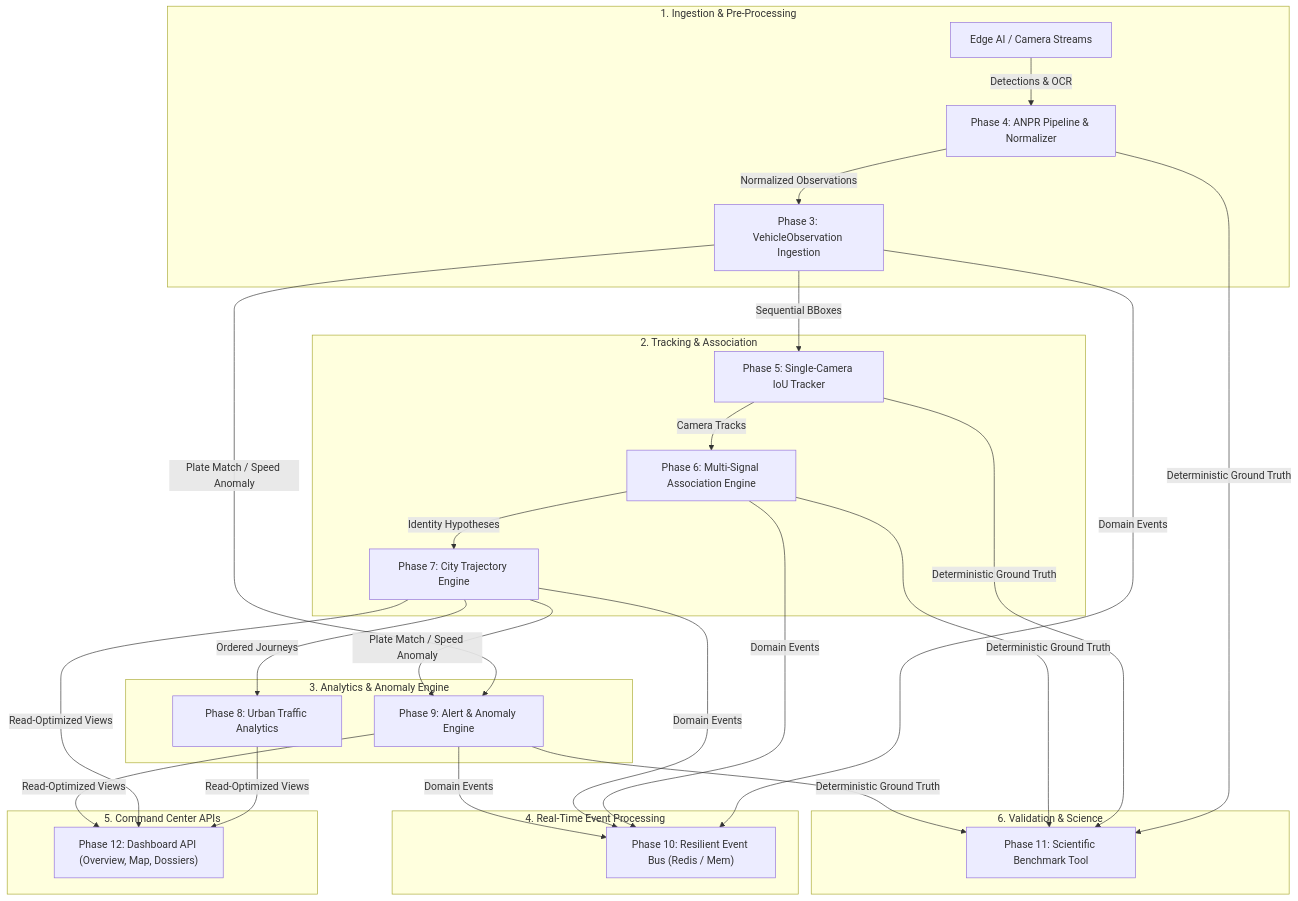
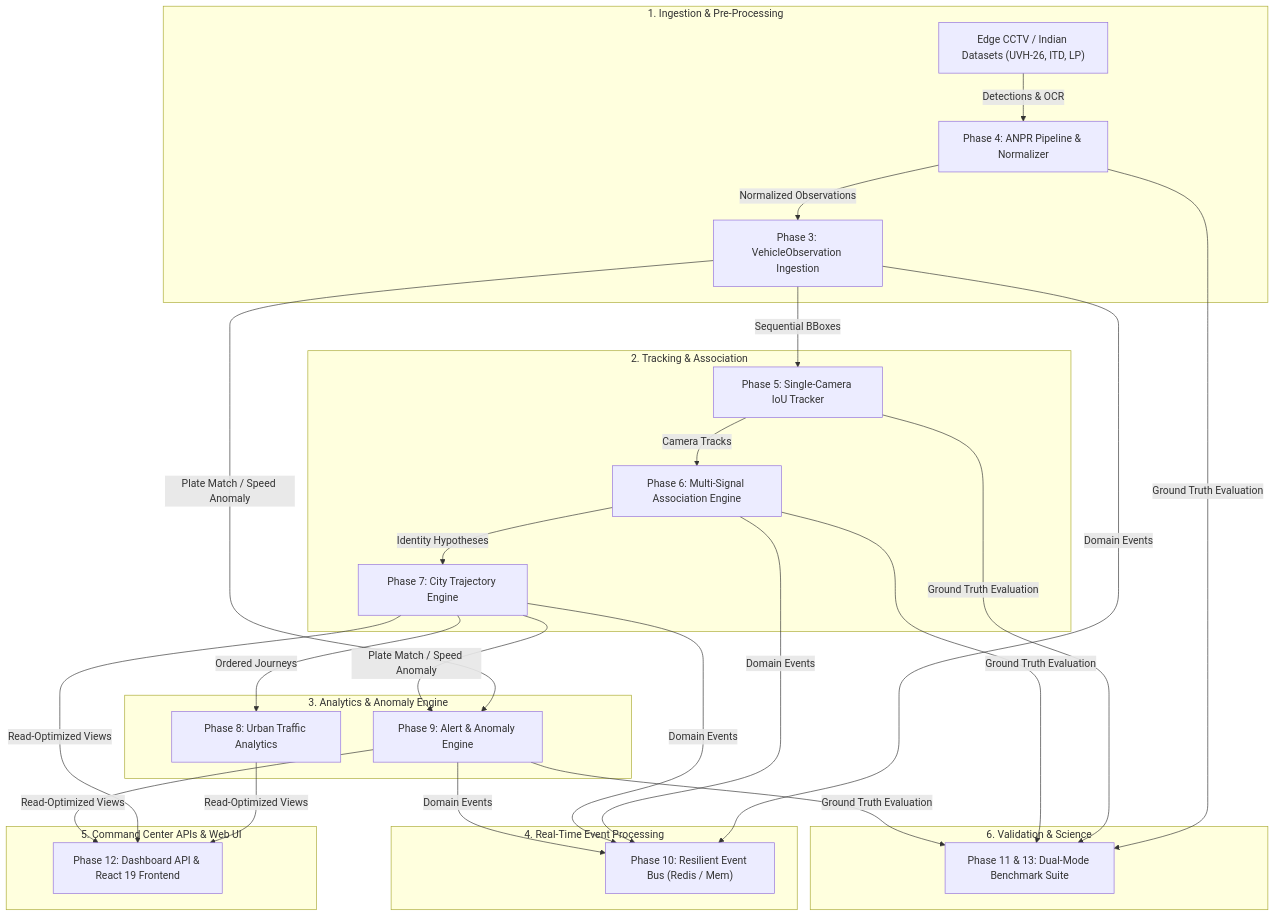
The diagram in README.md (NotAsif007/traffic-analytics), drawn with Mermaid before and after one commit. The commit also changed other lines of this file and 21 other files, not shown here.

Commit message:
feat: implement real Indian traffic datasets (UVH-26, ITD, Indian LP, RoundaboutHD, IRDD), adapters, CLI streaming importer, and dual-mode benchmarking suite

````diff
--- a/README.md
+++ b/README.md
@@ -32,30 +57,30 @@
 ```mermaid
 flowchart TD
     subgraph INGESTION["1. Ingestion & Pre-Processing"]
-        A["Edge AI / Camera Streams"] -->|"Detections & OCR"| B["Phase 4: ANPR Pipeline & Normalizer"]
+        A["Edge CCTV / Indian Datasets (UVH-26, ITD, LP)"] -->|"Detections & OCR"| B["Phase 4: ANPR Pipeline & Normalizer"]
         B -->|"Normalized Observations"| C["Phase 3: VehicleObservation Ingestion"]
     end
 
     subgraph TRACKING["2. Tracking & Association"]
         C -->|"Sequential BBoxes"| D["Phase 5: Single-Camera IoU Tracker"]
         D -->|"Camera Tracks"| E["Phase 6: Multi-Signal Association Engine"]
         E -->|"Identity Hypotheses"| F["Phase 7: City Trajectory Engine"]
     end
 
     subgraph INTELLIGENCE["3. Analytics & Anomaly Engine"]
         F -->|"Ordered Journeys"| G["Phase 8: Urban Traffic Analytics"]
         C & F -->|"Plate Match / Speed Anomaly"| H["Phase 9: Alert & Anomaly Engine"]
     end
 
     subgraph EVENT_BUS["4. Real-Time Event Processing"]
         C & E & F & H -->|"Domain Events"| I["Phase 10: Resilient Event Bus (Redis / Mem)"]
     end
 
-    subgraph DASHBOARD["5. Command Center APIs"]
-        G & F & H -->|"Read-Optimized Views"| J["Phase 12: Dashboard API (Overview, Map, Dossiers)"]
+    subgraph DASHBOARD["5. Command Center APIs & Web UI"]
+        G & F & H -->|"Read-Optimized Views"| J["Phase 12: Dashboard API & React 19 Frontend"]
     end
 
     subgraph BENCHMARK["6. Validation & Science"]
-        B & D & E & H -->|"Deterministic Ground Truth"| K["Phase 11: Scientific Benchmark Tool"]
+        B & D & E & H -->|"Ground Truth Evaluation"| K["Phase 11 & 13: Dual-Mode Benchmark Suite"]
     end
 ```
````
